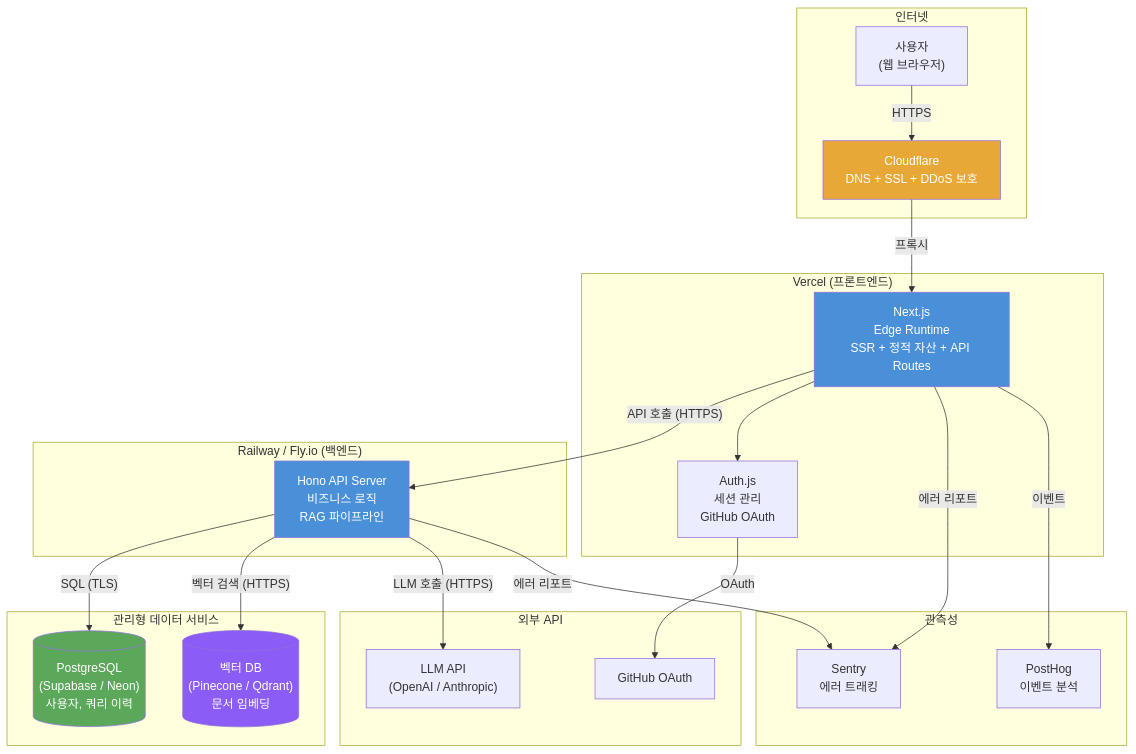
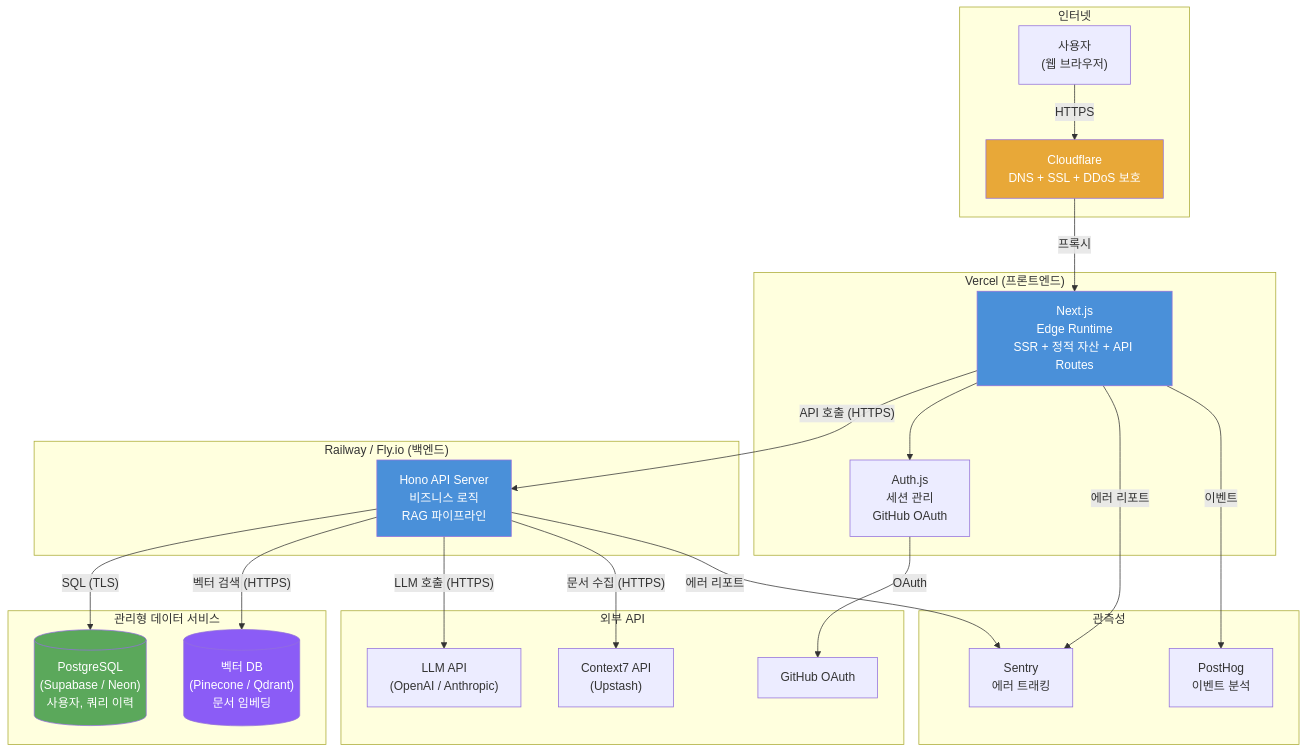
One commit to johunsang/api-intel changed the fourth of 8 diagrams in docs/02-시스템설계/시스템아키텍처설계서-SAD.md. Above: the diagram before and after it, drawn with Mermaid. The commit also changed other lines of this file and 91 other files, not shown here.

````diff
--- a/docs/02-시스템설계/시스템아키텍처설계서-SAD.md
+++ b/docs/02-시스템설계/시스템아키텍처설계서-SAD.md
@@ -362,49 +369,51 @@
 ```mermaid
 flowchart TB
     subgraph 인터넷
         USER["사용자<br/>(웹 브라우저)"]
         CF["Cloudflare<br/>DNS + SSL + DDoS 보호"]
     end
 
     subgraph "Vercel (프론트엔드)"
         NEXT_EDGE["Next.js<br/>Edge Runtime<br/>SSR + 정적 자산 + API Routes"]
         AUTH_JS["Auth.js<br/>세션 관리<br/>GitHub OAuth"]
     end
 
     subgraph "Railway / Fly.io (백엔드)"
         HONO_API["Hono API Server<br/>비즈니스 로직<br/>RAG 파이프라인"]
     end
 
     subgraph "관리형 데이터 서비스"
         PG_DB[("PostgreSQL<br/>(Supabase / Neon)<br/>사용자, 쿼리 이력")]
         VDB[("벡터 DB<br/>(Pinecone / Qdrant)<br/>문서 임베딩")]
     end
 
     subgraph "외부 API"
         LLM_EXT["LLM API<br/>(OpenAI / Anthropic)"]
         GITHUB_EXT["GitHub OAuth"]
+        CTX7_DEPLOY["Context7 API<br/>(Upstash)"]
     end
 
     subgraph "관측성"
         SENTRY["Sentry<br/>에러 트래킹"]
         POSTHOG["PostHog<br/>이벤트 분석"]
     end
 
     USER -->|"HTTPS"| CF
     CF -->|"프록시"| NEXT_EDGE
     NEXT_EDGE -->|"API 호출 (HTTPS)"| HONO_API
     NEXT_EDGE --> AUTH_JS
     AUTH_JS -->|"OAuth"| GITHUB_EXT
     HONO_API -->|"SQL (TLS)"| PG_DB
     HONO_API -->|"벡터 검색 (HTTPS)"| VDB
     HONO_API -->|"LLM 호출 (HTTPS)"| LLM_EXT
+    HONO_API -->|"문서 수집 (HTTPS)"| CTX7_DEPLOY
     NEXT_EDGE -->|"에러 리포트"| SENTRY
     HONO_API -->|"에러 리포트"| SENTRY
     NEXT_EDGE -->|"이벤트"| POSTHOG
 
     style NEXT_EDGE fill:#4A90D9,color:#fff
     style HONO_API fill:#4A90D9,color:#fff
     style PG_DB fill:#5BA85B,color:#fff
     style VDB fill:#8B5CF6,color:#fff
     style CF fill:#E8A838,color:#fff
 ```
````
